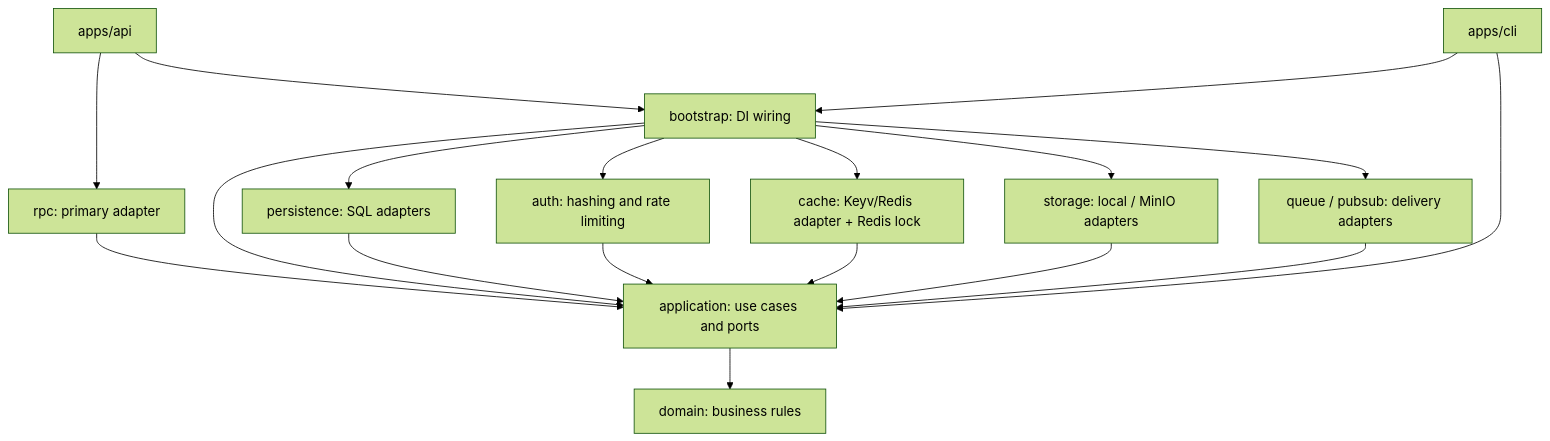
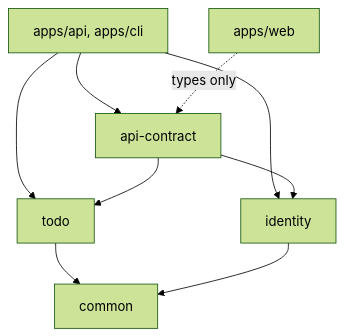
Before and after one commit to kouovo/hexstack: the diagram in README.md, drawn with Mermaid (forest theme). The commit also changed other lines of this file and 11 other files, not shown here.

````diff
--- a/README.md
+++ b/README.md
@@ -201,20 +103,11 @@
 ```mermaid
 flowchart TD
-  API["apps/api"] --> RPC["rpc: primary adapter"]
-  API --> BOOT["bootstrap: DI wiring"]
-  CLI["apps/cli"] --> BOOT
-  CLI --> APP["application: use cases and ports"]
-  RPC --> APP
-  BOOT --> APP
-  BOOT --> SQL["persistence: SQL adapters"]
-  BOOT --> AUTH["auth: hashing and rate limiting"]
-  BOOT --> CACHE["cache: Keyv/Redis adapter + Redis lock"]
-  BOOT --> STORAGE["storage: local / MinIO adapters"]
-  CACHE --> APP
-  STORAGE --> APP
-  BOOT --> DELIVERY["queue / pubsub: delivery adapters"]
-  SQL --> APP
-  AUTH --> APP
-  DELIVERY --> APP
-  APP --> DOMAIN["domain: business rules"]
+  API["apps/api, apps/cli"] --> CONTRACT["api-contract"]
+  API --> TODO["todo"]
+  API --> IDENTITY["identity"]
+  CONTRACT --> TODO
+  CONTRACT --> IDENTITY
+  WEB["apps/web"] -. "types only" .-> CONTRACT
+  TODO --> COMMON["common"]
+  IDENTITY --> COMMON
 ```
````
